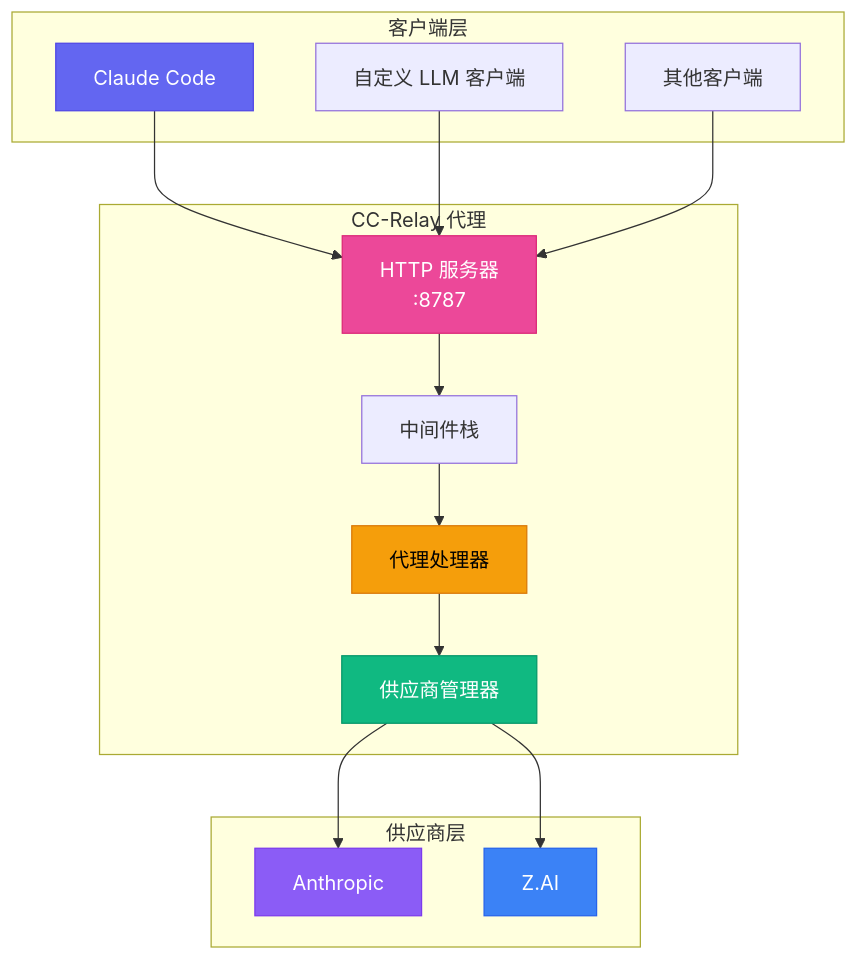
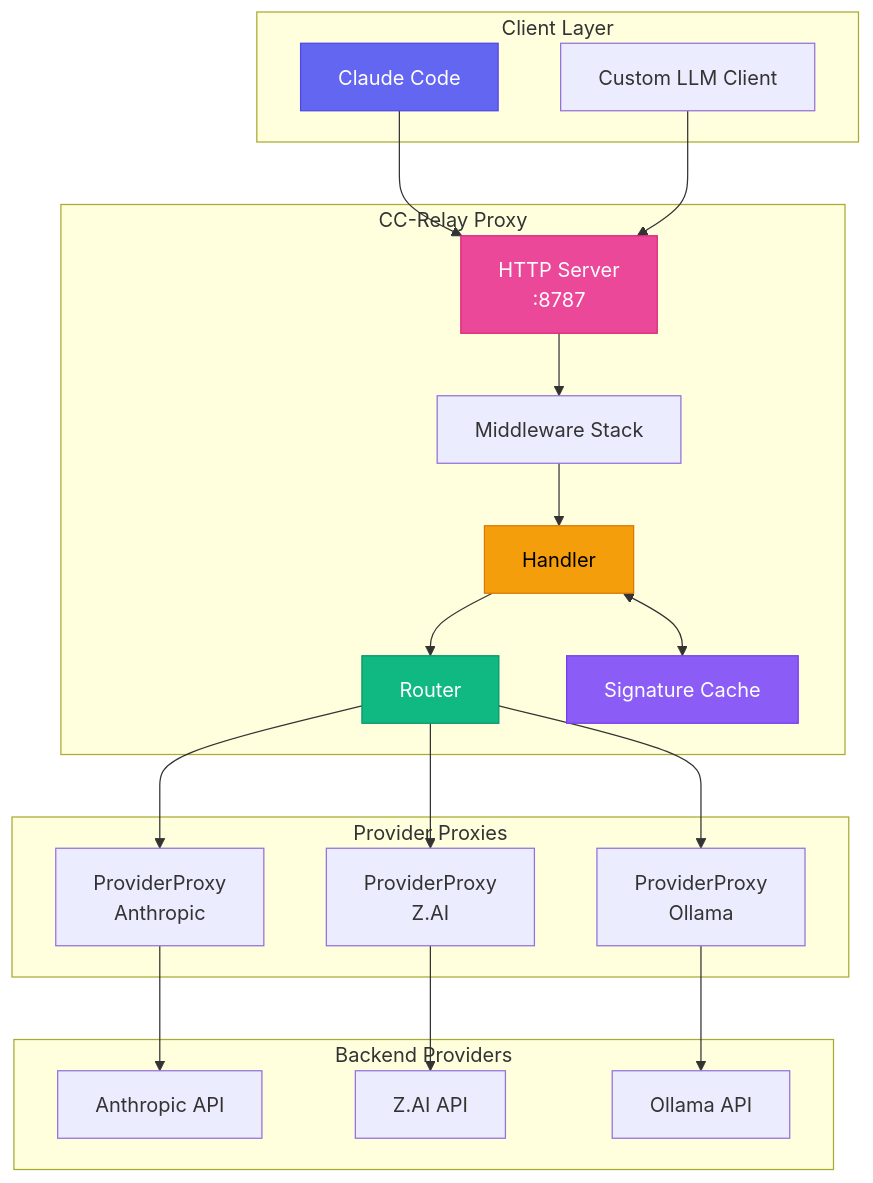
Before and after one commit to omarluq/cc-relay: the first of 5 diagrams in docs-site/content/zh-cn/docs/architecture.md, drawn with Mermaid. The commit also changed other lines of this file and 5 other files, not shown here.

First line of the commit message:
docs: rewrite architecture docs with multi-provider support

````diff
--- a/docs-site/content/zh-cn/docs/architecture.md
+++ b/docs-site/content/zh-cn/docs/architecture.md
@@ -10,37 +10,46 @@
 ```mermaid
 graph TB
-    subgraph "客户端层"
+    subgraph "Client Layer"
         A[Claude Code]
-        B[自定义 LLM 客户端]
-        C[其他客户端]
+        B[Custom LLM Client]
     end
 
-    subgraph "CC-Relay 代理"
-        D[HTTP 服务器<br/>:8787]
-        E[中间件栈]
-        F[代理处理器]
-        G[供应商管理器]
+    subgraph "CC-Relay Proxy"
+        D[HTTP Server<br/>:8787]
+        E[Middleware Stack]
+        F[Handler]
+        G[Router]
+        H[Signature Cache]
     end
 
-    subgraph "供应商层"
-        H[Anthropic]
-        I[Z.AI]
+    subgraph "Provider Proxies"
+        I[ProviderProxy<br/>Anthropic]
+        J[ProviderProxy<br/>Z.AI]
+        K[ProviderProxy<br/>Ollama]
+    end
+
+    subgraph "Backend Providers"
+        L[Anthropic API]
+        M[Z.AI API]
+        N[Ollama API]
     end
 
     A --> D
     B --> D
-    C --> D
-
     D --> E
     E --> F
     F --> G
-    G --> H
+    F <--> H
     G --> I
+    G --> J
+    G --> K
+    I --> L
+    J --> M
+    K --> N
 
     style A fill:#6366f1,stroke:#4f46e5,color:#fff
     style D fill:#ec4899,stroke:#db2777,color:#fff
     style F fill:#f59e0b,stroke:#d97706,color:#000
     style G fill:#10b981,stroke:#059669,color:#fff
     style H fill:#8b5cf6,stroke:#7c3aed,color:#fff
-    style I fill:#3b82f6,stroke:#2563eb,color:#fff
 ```
````
